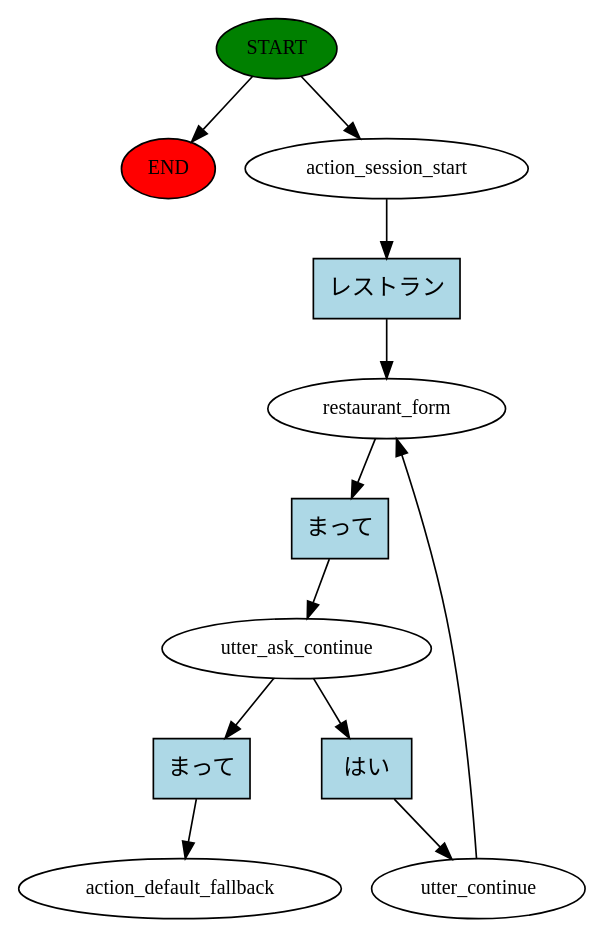
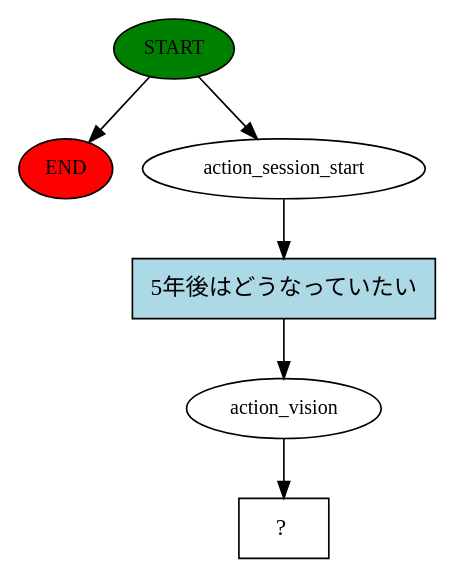
Before and after one commit to shprintuzt/rasa: the diagram in FormFillingJa/story_graph.dot, drawn with Graphviz. The commit also changed 8 other files, not shown here.

Commit message:
Add responses and an action to the question asking vision in x years.

```diff
--- a/FormFillingJa/story_graph.dot
+++ b/FormFillingJa/story_graph.dot
@@ -1,24 +1,13 @@
 digraph  {
 0 [class="start active", fillcolor=green, fontsize=12, label=START, style=filled];
 "-1" [class=end, fillcolor=red, fontsize=12, label=END, style=filled];
 1 [class=active, fontsize=12, label=action_session_start];
-2 [class=active, fontsize=12, label=restaurant_form];
-3 [class=active, fontsize=12, label=utter_ask_continue];
-4 [class=active, fontsize=12, label=utter_continue];
-7 [class="dashed active", fontsize=12, label=action_default_fallback];
-8 [class="intent active", fillcolor=lightblue, label="レストラン", shape=rect, style=filled];
-9 [class="intent active", fillcolor=lightblue, label="まって", shape=rect, style=filled];
-10 [class="intent active", fillcolor=lightblue, label="はい", shape=rect, style=filled];
-11 [class="intent active", fillcolor=lightblue, label="まって", shape=rect, style=filled];
+2 [class=active, fontsize=12, label=action_vision];
+3 [class="intent dashed active", label="  ?  ", shape=rect];
+4 [class="intent active", fillcolor=lightblue, label="5年後はどうなっていたい", shape=rect, style=filled];
 0 -> "-1"  [class="", key=NONE, label=""];
 0 -> 1  [class=active, key=NONE, label=""];
-1 -> 8  [class=active, key=0];
-2 -> 9  [class=active, key=0];
-3 -> 10  [class=active, key=0];
-3 -> 11  [class=active, key=0];
-4 -> 2  [class=active, key=NONE, label=""];
-8 -> 2  [class=active, key=0];
-9 -> 3  [class=active, key=0];
-10 -> 4  [class=active, key=0];
-11 -> 7  [class=active, key=0];
+1 -> 4  [class=active, key=0];
+2 -> 3  [class=active, key=NONE, label=""];
+4 -> 2  [class=active, key=0];
 }
```
